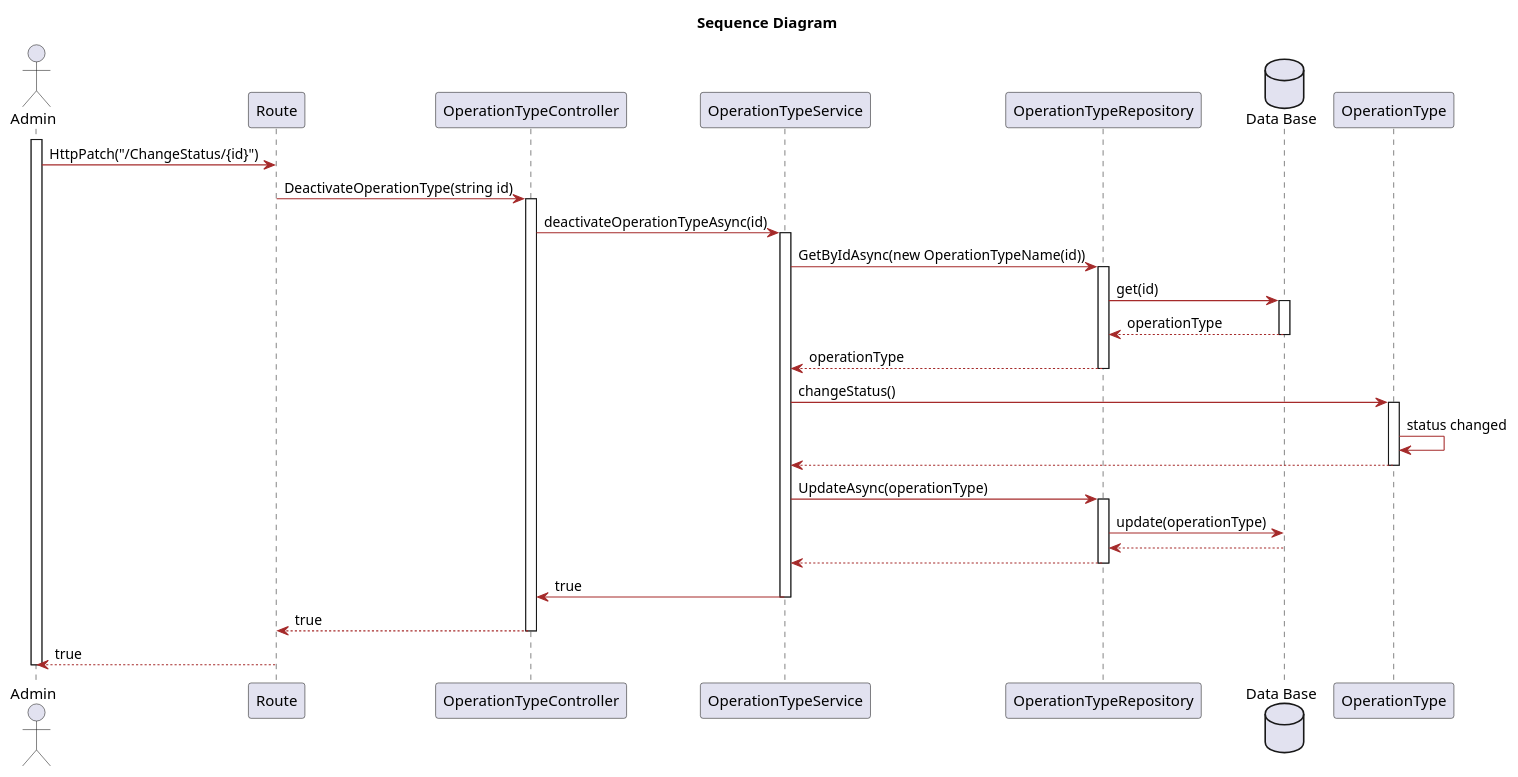
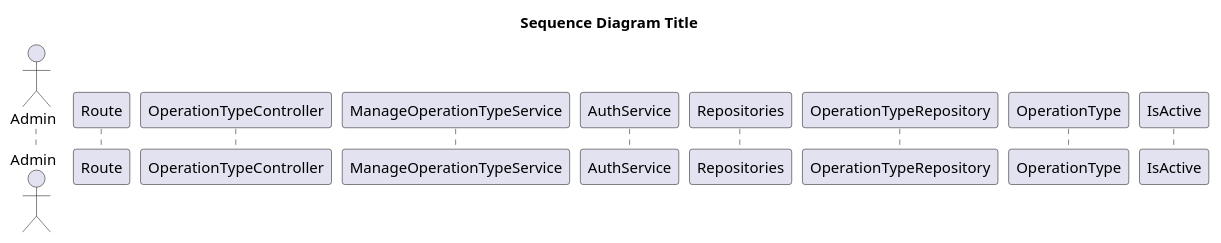
One commit to LAPR5-043/sem_5_24_25_043 changed the diagram in Docs/Sprint1/UserStories/LAPR5/us5122/design/puml/sequence-diagram.puml. Above: the diagram before and after it, drawn with PlantUML. The commit also changed 5 other files, not shown here.

Commit message:
#25 Sequence-diagram update

```diff
--- a/Docs/Sprint1/UserStories/LAPR5/us5122/design/puml/sequence-diagram.puml
+++ b/Docs/Sprint1/UserStories/LAPR5/us5122/design/puml/sequence-diagram.puml
@@ -1,82 +1,38 @@
 @startuml
-title Sequence Diagram
+title Sequence Diagram Title
 skinparam classAttributeIconSize 0
 
 skinparam class {
     LifeLineBorderColor DodgerBlue
     LifeLineBackgroundColor APPLICATION
     BackgroundColor LemonChiffon
     ArrowColor Brown
     BorderColor SaddleBrown
 }
 
 skinparam packageStyle rectangle
 
 skinparam card {
     LifeLineBorderColor DodgerBlue
     LifeLineBackgroundColor APPLICATION
     BackgroundColor LemonChiffon
     ArrowColor Brown
     BorderColor SaddleBrown
 }
 
 actor Admin
 participant "Route" as UI
 participant "OperationTypeController" as Controller
-participant "OperationTypeService" as operationS
+participant "ManageOperationTypeService" as operationS
+participant "AuthService" as auth
+participant "Repositories" as Repositories
 participant "OperationTypeRepository" as operationTypeR
-database "Data Base" as db 
 participant "OperationType" as operationType
-
-activate Admin
-
-Admin-> UI: HttpPatch("/ChangeStatus/{id}")  
-UI -> Controller : DeactivateOperationType(string id)
-activate Controller 
-Controller-> operationS : deactivateOperationTypeAsync(id)
-activate operationS
-operationS -> operationTypeR : GetByIdAsync(new OperationTypeName(id))
-activate operationTypeR
-operationTypeR -> db : get(id)
-activate db
-db --> operationTypeR: operationType
-deactivate db
-operationTypeR --> operationS : operationType
-deactivate operationTypeR
-operationS-> operationType : changeStatus()
-activate operationType 
-operationType -> operationType: status changed
-operationType --> operationS
-deactivate  operationType
-operationS->operationTypeR: UpdateAsync(operationType)
-activate operationTypeR
-operationTypeR -> db : update(operationType)
-db --> operationTypeR
-deactivate db
-operationTypeR --> operationS
-deactivate operationTypeR
-operationS -> Controller : true
-deactivate operationS
-Controller --> UI: true
-deactivate Controller
-UI --> Admin : true
-
-deactivate Admin
-
-
-
-
-
-
-
-
-
-
-
+participant "IsActive" as isActive
 
 
 
 
 
 
 @enduml
```
